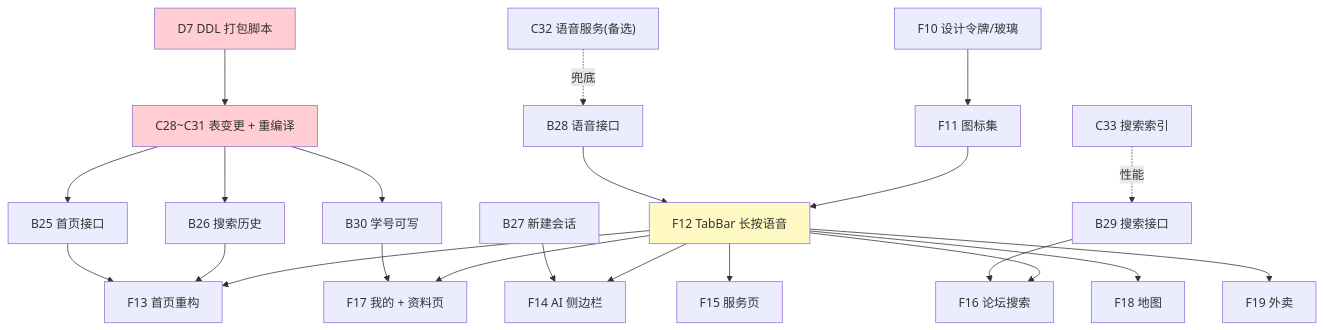
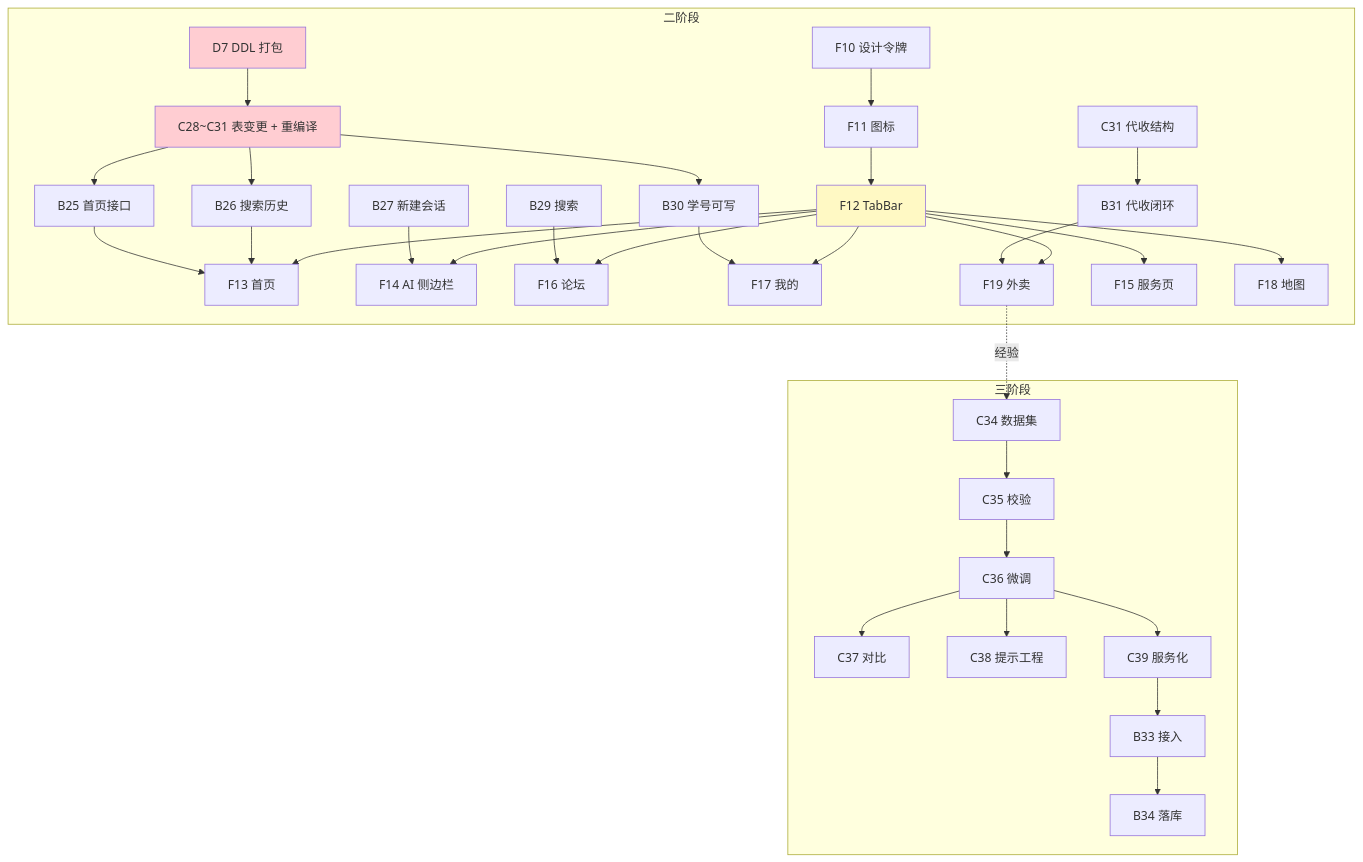
Before and after one commit to asuperj1/xiaojietong-project: the diagram in docs/成员任务单-二阶段整改260912.md, drawn with Mermaid. The commit also changed other lines of this file and 1 other file, not shown here.

First line of the commit message:
docs(tasks): 任务总表按阶段重排（一阶段已完成/需整改 → 二阶段 → 三阶段）

````diff
--- a/docs/成员任务单-二阶段整改260912.md
+++ b/docs/成员任务单-二阶段整改260912.md
@@ -220,20 +199,28 @@
 ```mermaid
 flowchart TB
-    D7["D7 DDL 打包脚本"] --> C28["C28~C31 表变更 + 重编译"]
-    C28 --> B25["B25 首页接口"]
-    C28 --> B26["B26 搜索历史"]
-    C28 --> B30["B30 学号可写"]
-    B25 --> F13["F13 首页重构"]
-    B26 --> F13
-    B27["B27 新建会话"] --> F14["F14 AI 侧边栏"]
-    B28["B28 语音接口"] --> F12["F12 TabBar 长按语音"]
-    B30 --> F17["F17 我的 + 资料页"]
-    B29["B29 搜索接口"] --> F16["F16 论坛搜索"]
-    F10["F10 设计令牌/玻璃"] --> F11["F11 图标集"] --> F12
-    F12 --> F13 & F14 & F15["F15 服务页"] & F16 & F17 & F18["F18 地图"] & F19["F19 外卖"]
-    C32["C32 语音服务(备选)"] -.兜底.-> B28
-    C33["C33 搜索索引"] -.性能.-> B29
+    subgraph P2["二阶段"]
+        D7["D7 DDL 打包"] --> C28["C28~C31 表变更 + 重编译"]
+        C28 --> B25["B25 首页接口"]
+        C28 --> B26["B26 搜索历史"]
+        C28 --> B30["B30 学号可写"]
+        C31["C31 代收结构"] --> B31["B31 代收闭环"]
+        B25 --> F13["F13 首页"]
+        B26 --> F13
+        B27["B27 新建会话"] --> F14["F14 AI 侧边栏"]
+        B29["B29 搜索"] --> F16["F16 论坛"]
+        B30 --> F17["F17 我的"]
+        B31 --> F19["F19 外卖"]
+        F10["F10 设计令牌"] --> F11["F11 图标"] --> F12["F12 TabBar"]
+        F12 --> F13 & F14 & F15["F15 服务页"] & F16 & F17 & F18["F18 地图"] & F19
+    end
+    subgraph P3["三阶段"]
+        C34["C34 数据集"] --> C35["C35 校验"] --> C36["C36 微调"] --> C37["C37 对比"]
+        C36 --> C38["C38 提示工程"]
+        C36 --> C39["C39 服务化"] --> B33["B33 接入"]
+        B33 --> B34["B34 落库"]
+    end
+    F19 -.经验.-> C34
     style C28 fill:#ffcdd2
     style D7 fill:#ffcdd2
     style F12 fill:#fff9c4
 ```
````
